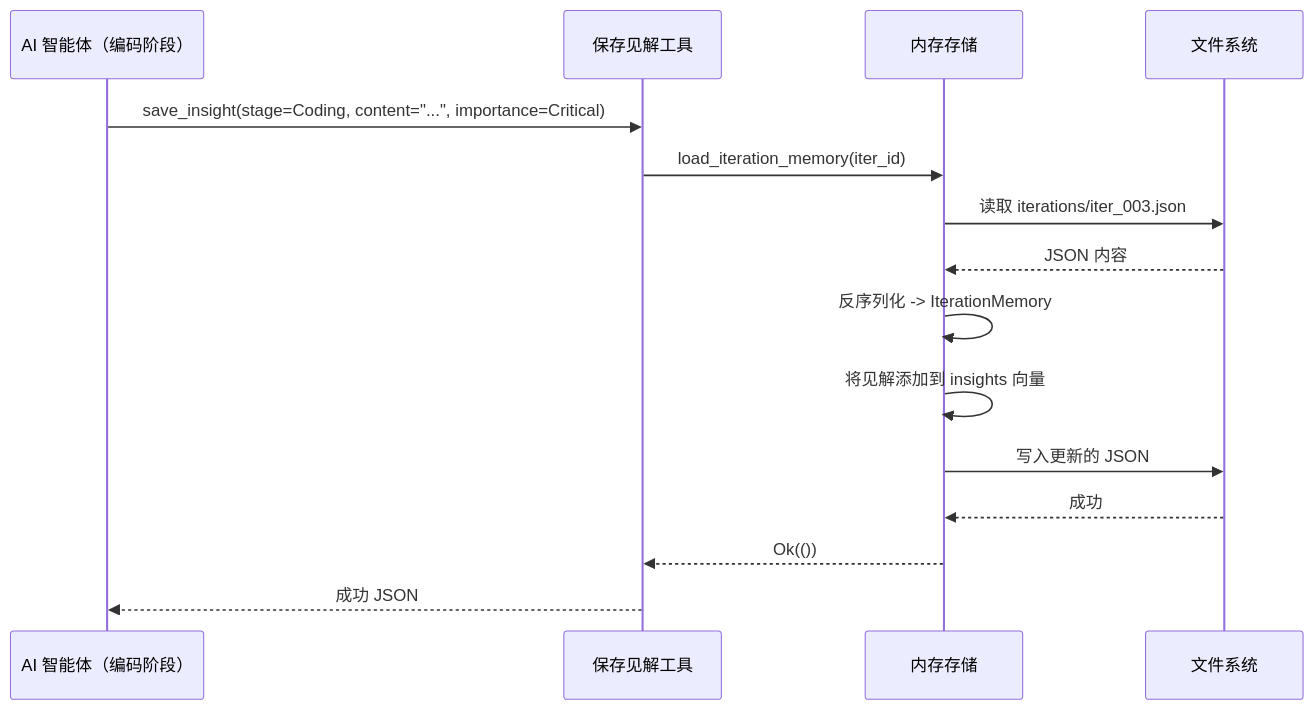
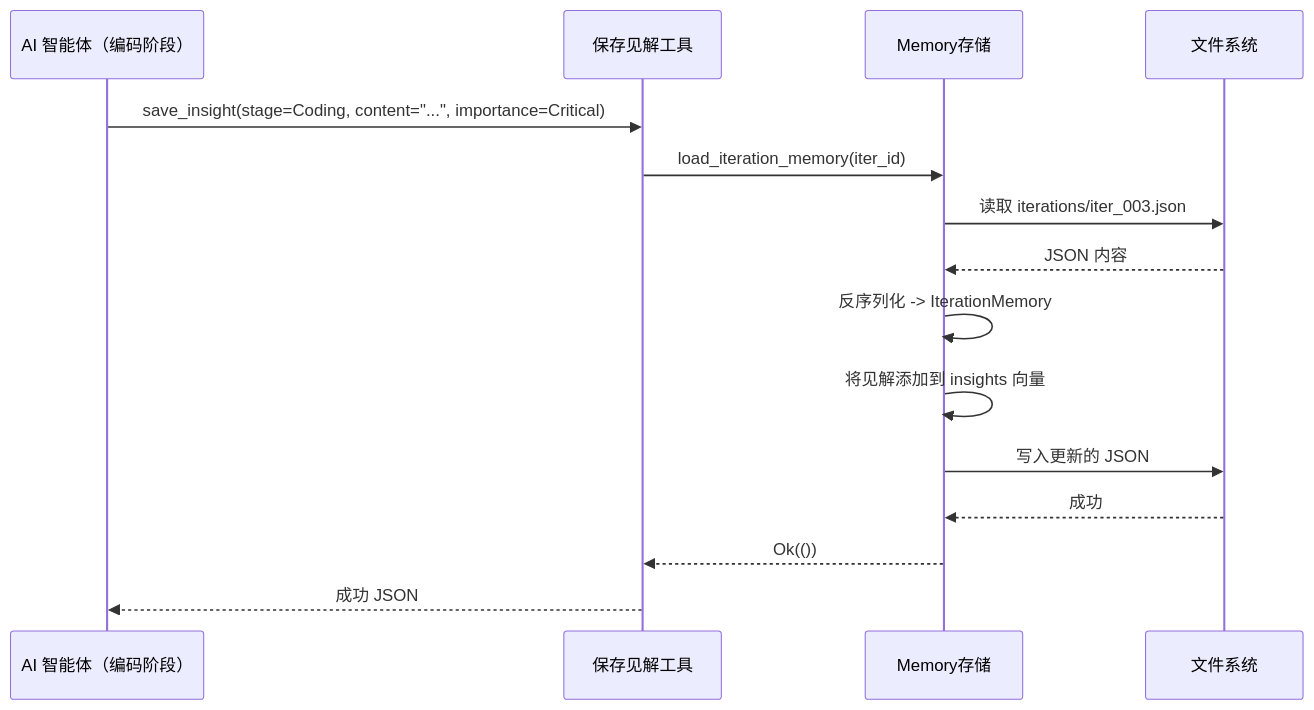
Before and after one commit to sopaco/cowork-forge: the first of 2 diagrams in litho.docs/zh/4、深入探索/4.6、自迭代记忆系统.md, drawn with Mermaid. The commit also changed other lines of this file and 14 other files, not shown here.

````diff
--- a/litho.docs/zh/4、深入探索/4.6、自迭代记忆系统.md
+++ b/litho.docs/zh/4、深入探索/4.6、自迭代记忆系统.md
@@ -381,18 +381,18 @@
 ```mermaid
 sequenceDiagram
     participant Agent as AI 智能体（编码阶段）
     participant SaveTool as 保存见解工具
-    participant Store as 内存存储
+    participant Store as Memory存储
     participant File as 文件系统
     
     Agent->>SaveTool: save_insight(stage=Coding, content="...", importance=Critical)
     SaveTool->>Store: load_iteration_memory(iter_id)
     Store->>File: 读取 iterations/iter_003.json
     File-->>Store: JSON 内容
     Store->>Store: 反序列化 -> IterationMemory
     Store->>Store: 将见解添加到 insights 向量
     Store->>File: 写入更新的 JSON
     File-->>Store: 成功
     Store-->>SaveTool: Ok(())
     SaveTool-->>Agent: 成功 JSON
 ```
````
